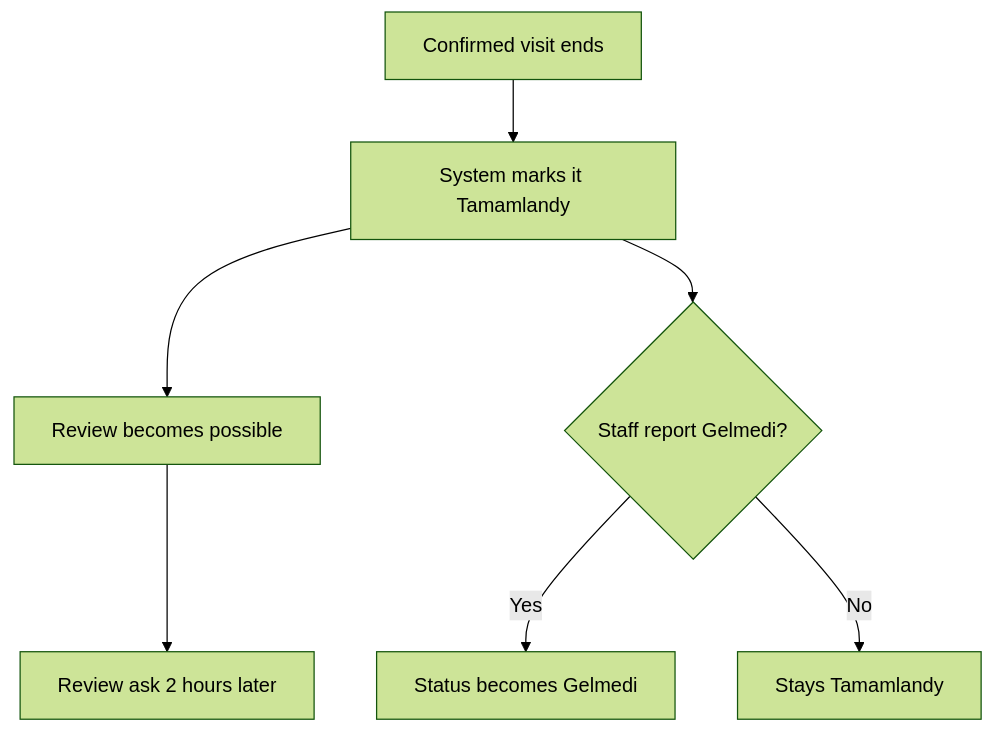
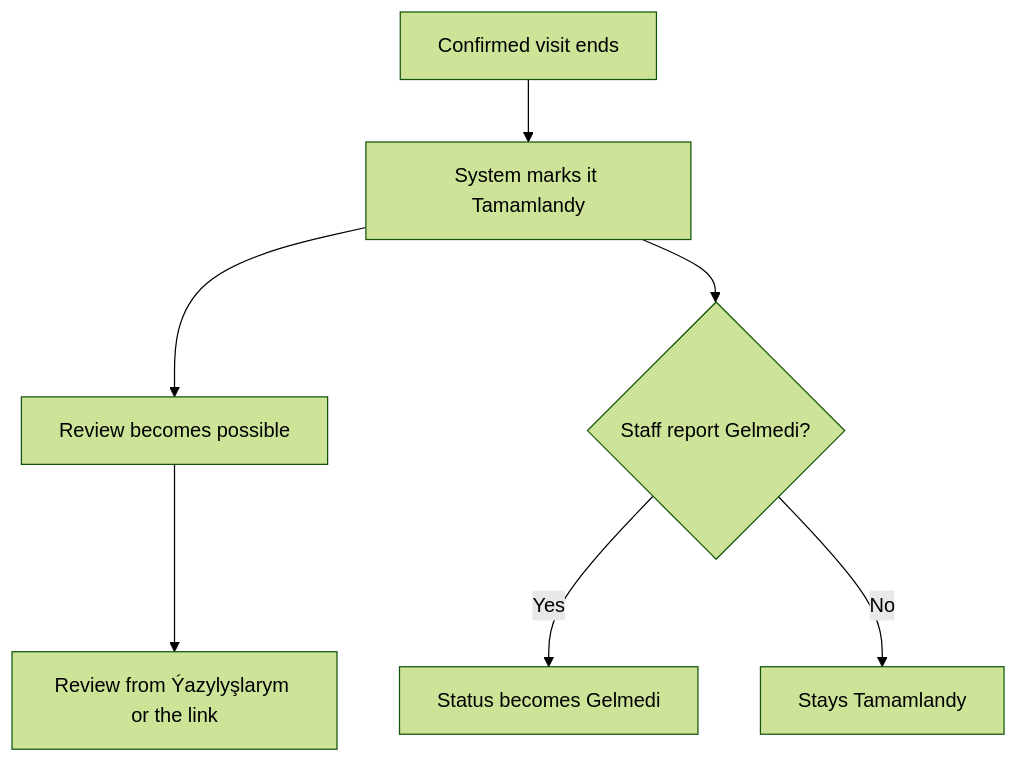
Before and after one commit to azamatos/yeral: the third of 22 diagrams in docs/product/07c-flows-system.md, drawn with Mermaid (forest theme). The commit also changed other lines of this file and 21 other files, not shown here.

````diff
--- a/docs/product/07c-flows-system.md
+++ b/docs/product/07c-flows-system.md
@@ -118,9 +119,9 @@
 ```mermaid
 flowchart TD
   A["Confirmed visit ends"] --> B["System marks it Tamamlandy"]
   B --> C["Review becomes possible"]
-  C --> D["Review ask 2 hours later"]
+  C --> D["Review from Ýazylyşlarym or the link"]
   B --> E{"Staff report Gelmedi?"}
   E -->|"Yes"| F["Status becomes Gelmedi"]
   E -->|"No"| G["Stays Tamamlandy"]
 ```
````
